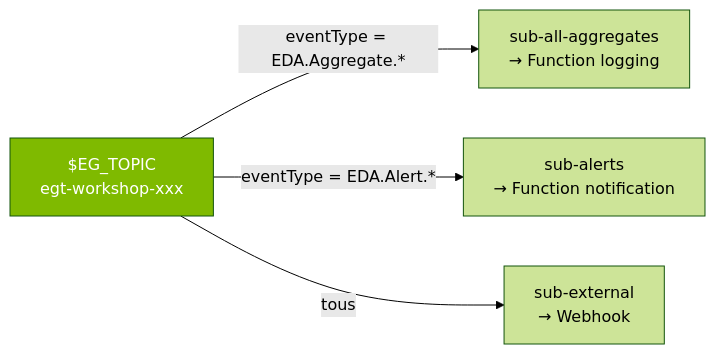
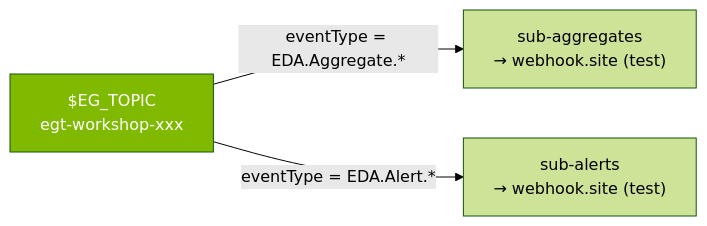
Before and after one commit to Ch0wseth/EventDriven_Workshop: the second of 2 diagrams in docs/04-event-grid.md, drawn with Mermaid (forest theme). The commit also changed other lines of this file, not shown here.

Commit message:
refactor: Update subscription names and clarify Event Grid module instructions

````diff
--- a/docs/04-event-grid.md
+++ b/docs/04-event-grid.md
@@ -123,10 +123,9 @@
 ```mermaid
 graph LR
     T["$EG_TOPIC\negt-workshop-xxx"]
 
-    T -->|"eventType = EDA.Aggregate.*"| S1["sub-all-aggregates\n→ Function logging"]
-    T -->|"eventType = EDA.Alert.*"| S2["sub-alerts\n→ Function notification"]
-    T -->|"tous"| S3["sub-external\n→ Webhook"]
+    T -->|"eventType = EDA.Aggregate.*"| S1["sub-aggregates\n→ webhook.site (test)"]
+    T -->|"eventType = EDA.Alert.*"| S2["sub-alerts\n→ webhook.site (test)"]
 
     style T fill:#7FBA00,color:#fff
 ```
````
